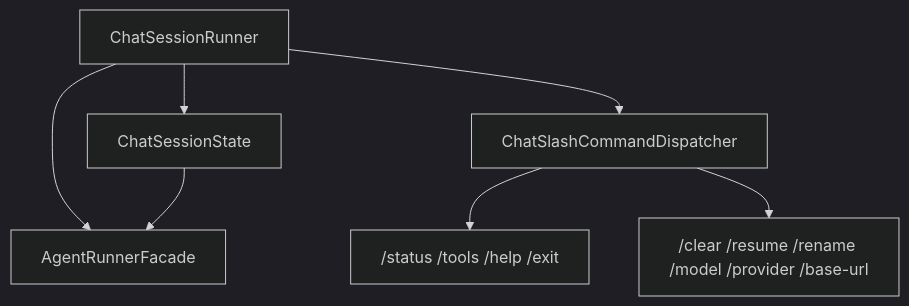
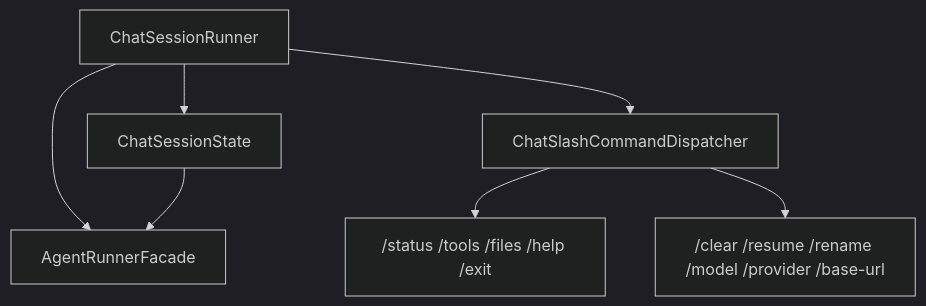
The second of 3 diagrams in docs/architecture.md (MarcelLeon/claw-code-java), drawn with Mermaid (dark theme) before and after one commit. The commit also changed other lines of this file and 9 other files, not shown here.

````diff
--- a/docs/architecture.md
+++ b/docs/architecture.md
@@ -84,9 +84,9 @@
 ```mermaid
 flowchart TD
     A["ChatSessionRunner"] --> B["ChatSessionState"]
     A --> C["ChatSlashCommandDispatcher"]
-    C --> D["/status /tools /help /exit"]
+    C --> D["/status /tools /files /help /exit"]
     C --> E["/clear /resume /rename /model /provider /base-url"]
     A --> F["AgentRunnerFacade"]
     B --> F
 ```
````
